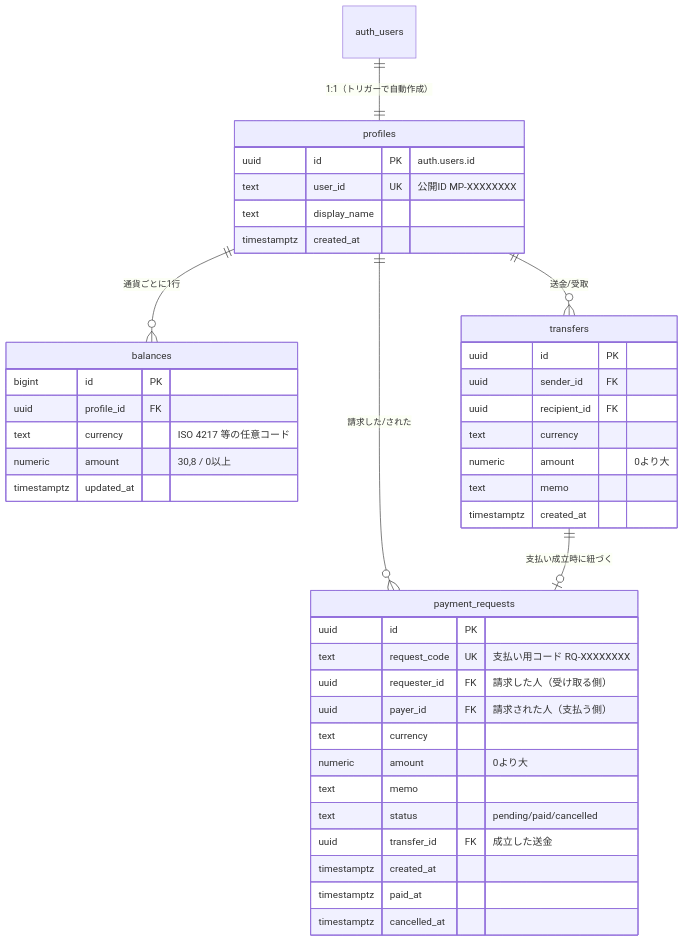
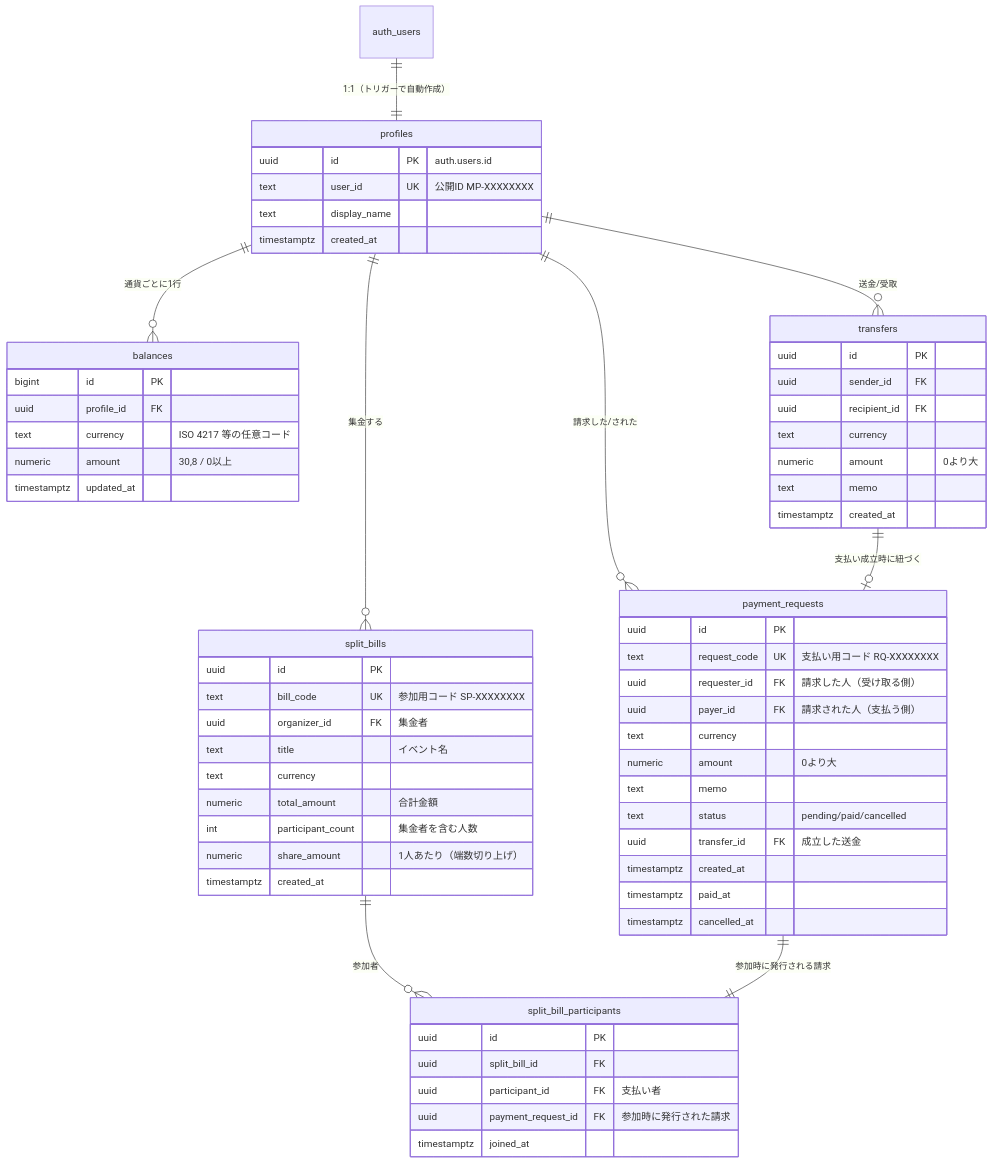
One commit to isojz/megapay changed the second of 5 diagrams in docs/architecture.md. Above: the diagram before and after it, drawn with Mermaid. The commit also changed other lines of this file and 1 other file, not shown here.

````diff
--- a/docs/architecture.md
+++ b/docs/architecture.md
@@ -43,45 +43,66 @@
 ```mermaid
 erDiagram
     auth_users ||--|| profiles : "1:1（トリガーで自動作成）"
     profiles ||--o{ balances : "通貨ごとに1行"
     profiles ||--o{ transfers : "送金/受取"
     profiles ||--o{ payment_requests : "請求した/された"
     transfers ||--o| payment_requests : "支払い成立時に紐づく"
+    profiles ||--o{ split_bills : "集金する"
+    split_bills ||--o{ split_bill_participants : "参加者"
+    payment_requests ||--|| split_bill_participants : "参加時に発行される請求"
 
     profiles {
         uuid id PK "auth.users.id"
         text user_id UK "公開ID MP-XXXXXXXX"
         text display_name
         timestamptz created_at
     }
     balances {
         bigint id PK
         uuid profile_id FK
         text currency "ISO 4217 等の任意コード"
         numeric amount "30,8 / 0以上"
         timestamptz updated_at
     }
     transfers {
         uuid id PK
         uuid sender_id FK
         uuid recipient_id FK
         text currency
         numeric amount "0より大"
         text memo
         timestamptz created_at
     }
     payment_requests {
         uuid id PK
         text request_code UK "支払い用コード RQ-XXXXXXXX"
         uuid requester_id FK "請求した人（受け取る側）"
         uuid payer_id FK "請求された人（支払う側）"
         text currency
         numeric amount "0より大"
         text memo
         text status "pending/paid/cancelled"
         uuid transfer_id FK "成立した送金"
         timestamptz created_at
         timestamptz paid_at
         timestamptz cancelled_at
     }
+    split_bills {
+        uuid id PK
+        text bill_code UK "参加用コード SP-XXXXXXXX"
+        uuid organizer_id FK "集金者"
+        text title "イベント名"
+        text currency
+        numeric total_amount "合計金額"
+        int participant_count "集金者を含む人数"
+        numeric share_amount "1人あたり（端数切り上げ）"
+        timestamptz created_at
+    }
+    split_bill_participants {
+        uuid id PK
+        uuid split_bill_id FK
+        uuid participant_id FK "支払い者"
+        uuid payment_request_id FK "参加時に発行された請求"
+        timestamptz joined_at
+    }
 ```
````
